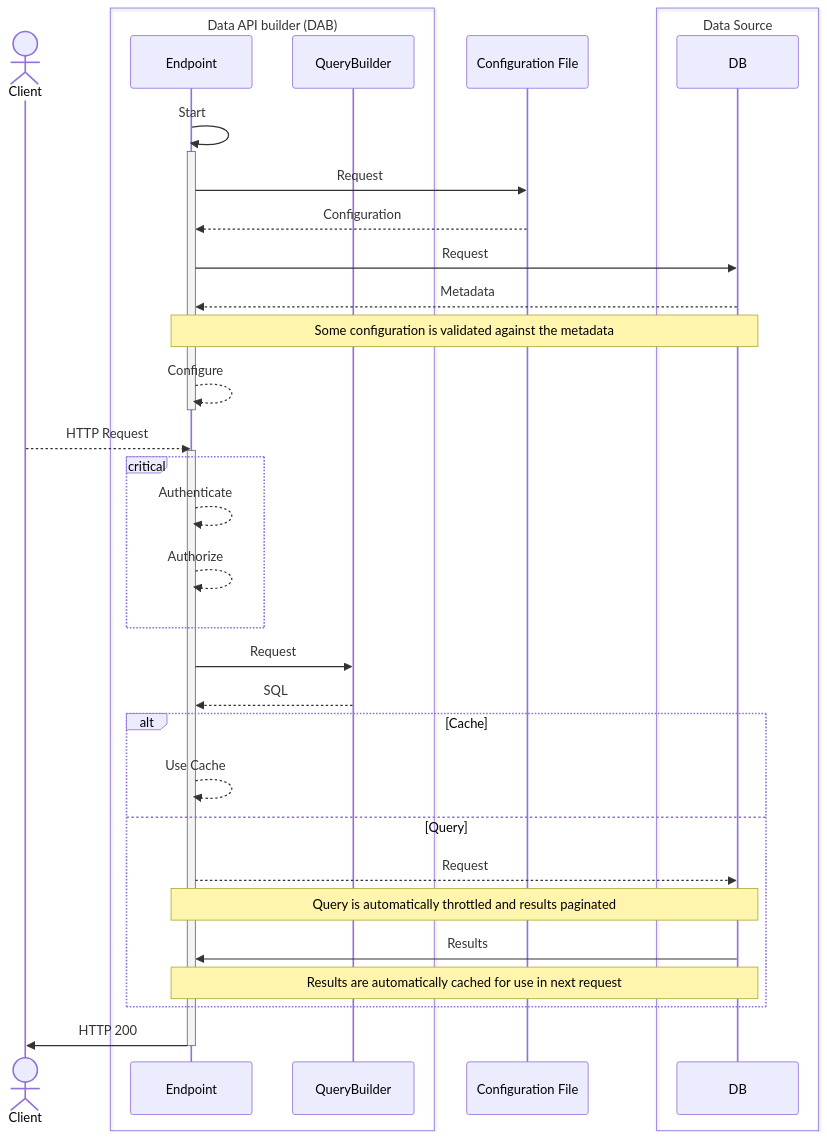
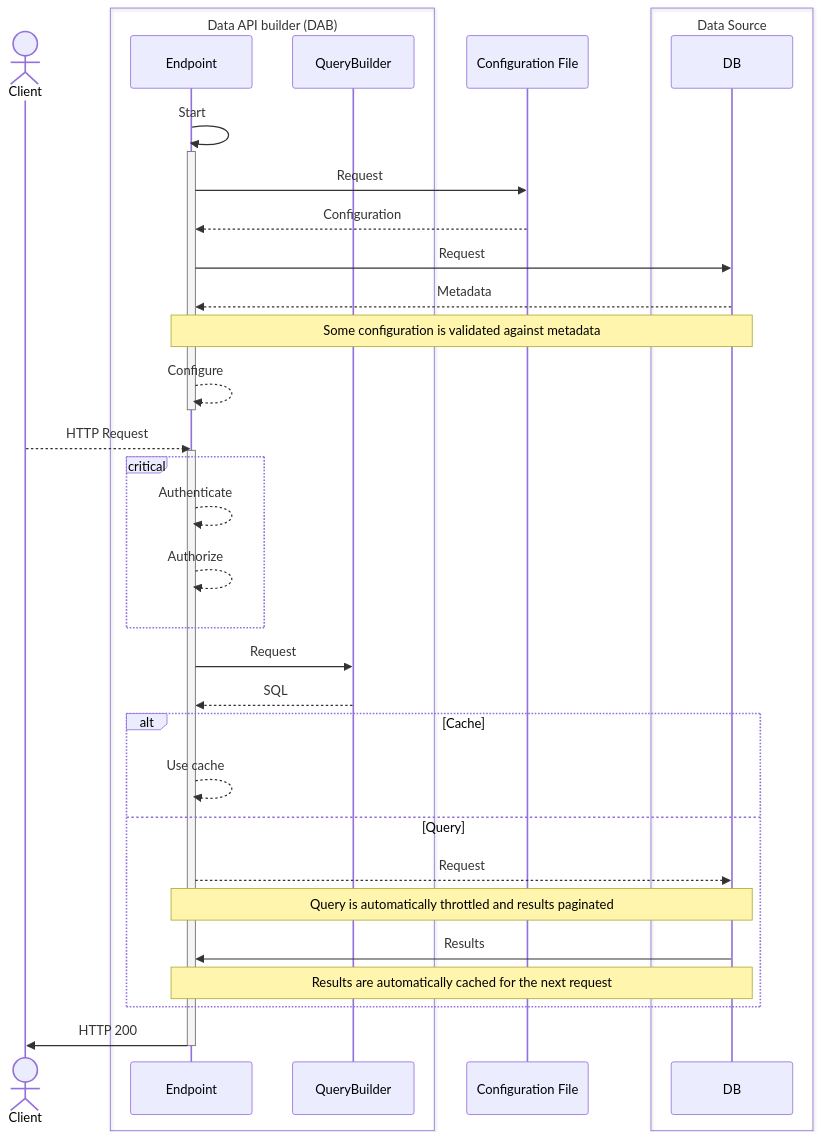
Before and after one commit to Azure/data-api-builder: the diagram in README.md, drawn with Mermaid. The commit also changed other lines of this file, not shown here.

````diff
--- a/README.md
+++ b/README.md
@@ -138,43 +205,43 @@
 ```mermaid
 sequenceDiagram
     actor Client
 
     box Data API builder (DAB)
         participant Endpoint
         participant QueryBuilder
     end
 
     participant Configuration as Configuration File
 
     box Data Source
         participant DB
     end
 
     Endpoint->>Endpoint: Start
     activate Endpoint
         Endpoint->>Configuration: Request
         Configuration-->>Endpoint: Configuration
         Endpoint->>DB: Request
         DB-->>Endpoint: Metadata
-            Note over Endpoint, DB: Some configuration is validated against the metadata
+            Note over Endpoint, DB: Some configuration is validated against metadata
         Endpoint-->>Endpoint: Configure
     deactivate Endpoint
     Client-->>Endpoint: HTTP Request
     activate Endpoint
         critical
         Endpoint-->>Endpoint: Authenticate
         Endpoint-->>Endpoint: Authorize
         end
         Endpoint->>QueryBuilder: Request
         QueryBuilder-->>Endpoint: SQL
         alt Cache
-            Endpoint-->>Endpoint: Use Cache
+            Endpoint-->>Endpoint: Use cache
         else Query
             Endpoint-->>DB: Request
             Note over Endpoint, DB: Query is automatically throttled and results paginated
             DB->>Endpoint: Results
-            Note over Endpoint, DB: Results are automatically cached for use in next request
+            Note over Endpoint, DB: Results are automatically cached for the next request
         end
         Endpoint->>Client: HTTP 200
     deactivate Endpoint
 ```
````
